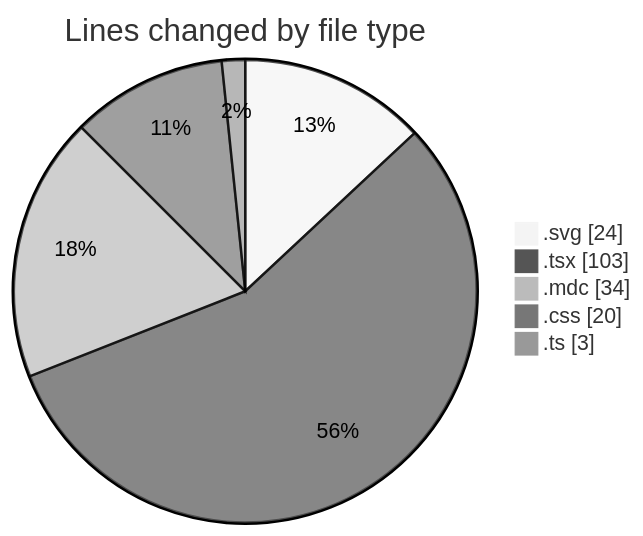
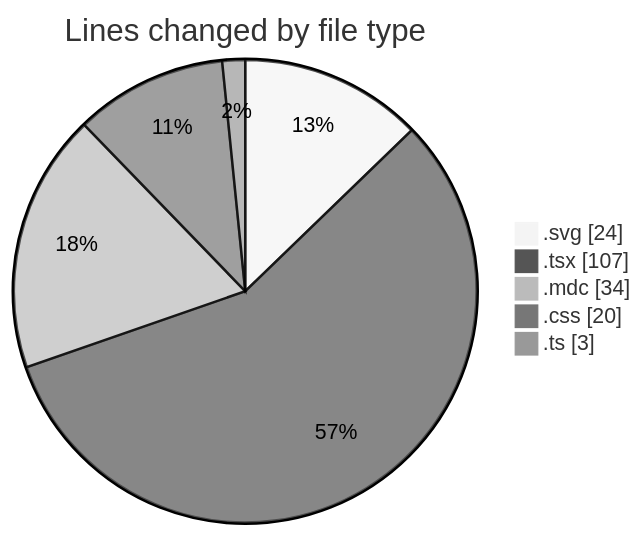
Before and after one commit to EIIisD/code-tracking: the first of 2 diagrams in 2025-07-18/ribbon/README.md, drawn with Mermaid (neutral theme). The commit also changed other lines of this file and 1 other file, not shown here.

````diff
--- a/2025-07-18/ribbon/README.md
+++ b/2025-07-18/ribbon/README.md
@@ -24,9 +24,9 @@
 ```mermaid
 pie showData
 title Lines changed by file type
 ".svg" : 24
-".tsx" : 103
+".tsx" : 107
 ".mdc" : 34
 ".css" : 20
 ".ts" : 3
 ```
````
